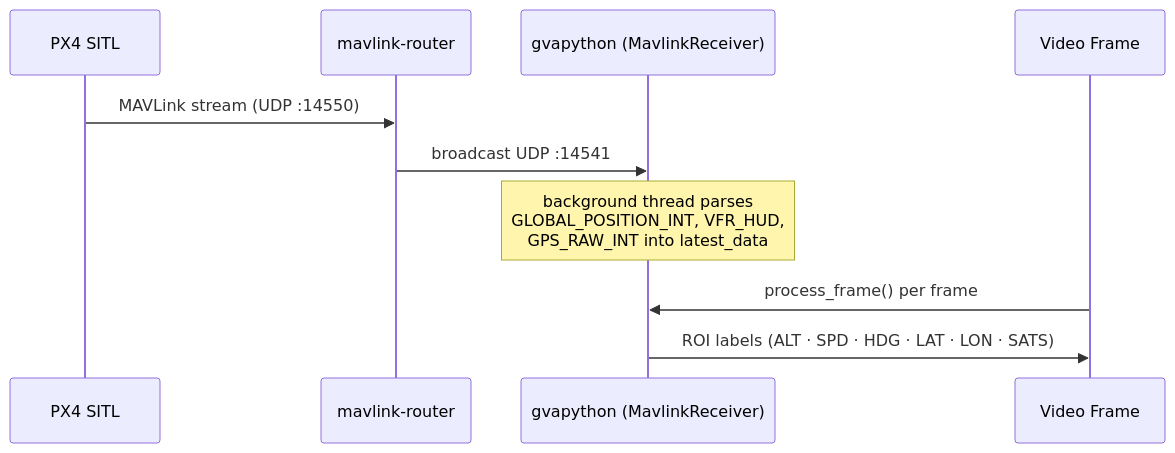
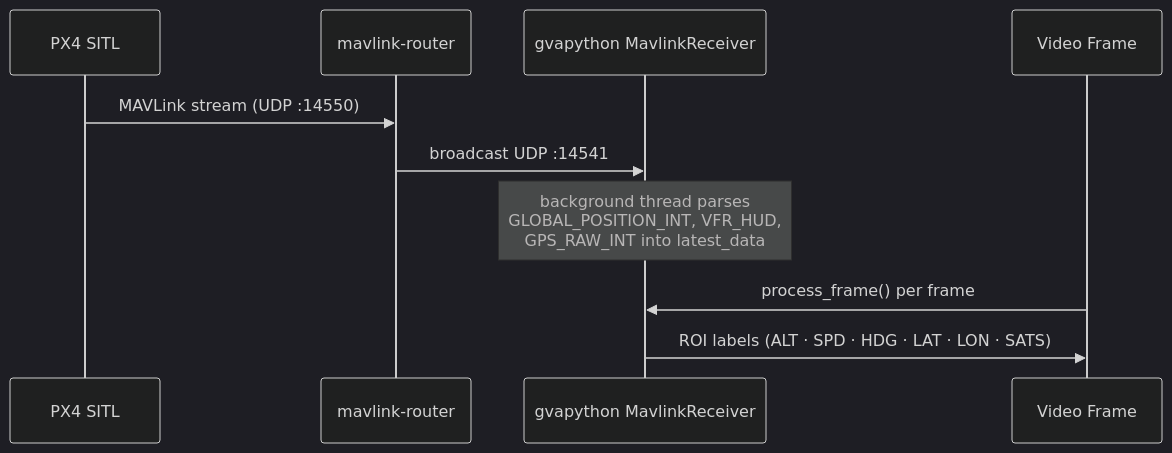
One commit to open-edge-platform/federal-and-aerospace-ai-suite changed the diagram in uav-vision-analytics/docs/user-guide/get-started/get-started-standalone.md. Above: the diagram before and after it, drawn with Mermaid. The commit also changed 12 other files, not shown here.

````diff
--- a/uav-vision-analytics/docs/user-guide/get-started/get-started-standalone.md
+++ b/uav-vision-analytics/docs/user-guide/get-started/get-started-standalone.md
@@ -19,13 +19,16 @@
 ```mermaid
+---
+config: {"theme": "dark"}
+---
 sequenceDiagram
     participant PX4 as PX4 SITL
     participant RTR as mavlink-router
-    participant OVL as gvapython (MavlinkReceiver)
+    participant OVL as gvapython MavlinkReceiver
     participant Frame as Video Frame
 
     PX4->>RTR: MAVLink stream (UDP :14550)
     RTR->>OVL: broadcast UDP :14541
     Note over OVL: background thread parses<br/>GLOBAL_POSITION_INT, VFR_HUD,<br/>GPS_RAW_INT into latest_data
     Frame->>OVL: process_frame() per frame
     OVL->>Frame: ROI labels (ALT · SPD · HDG · LAT · LON · SATS)
 ```
````
